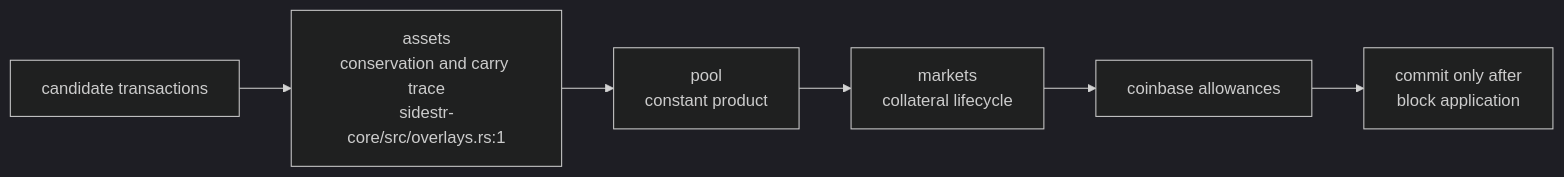
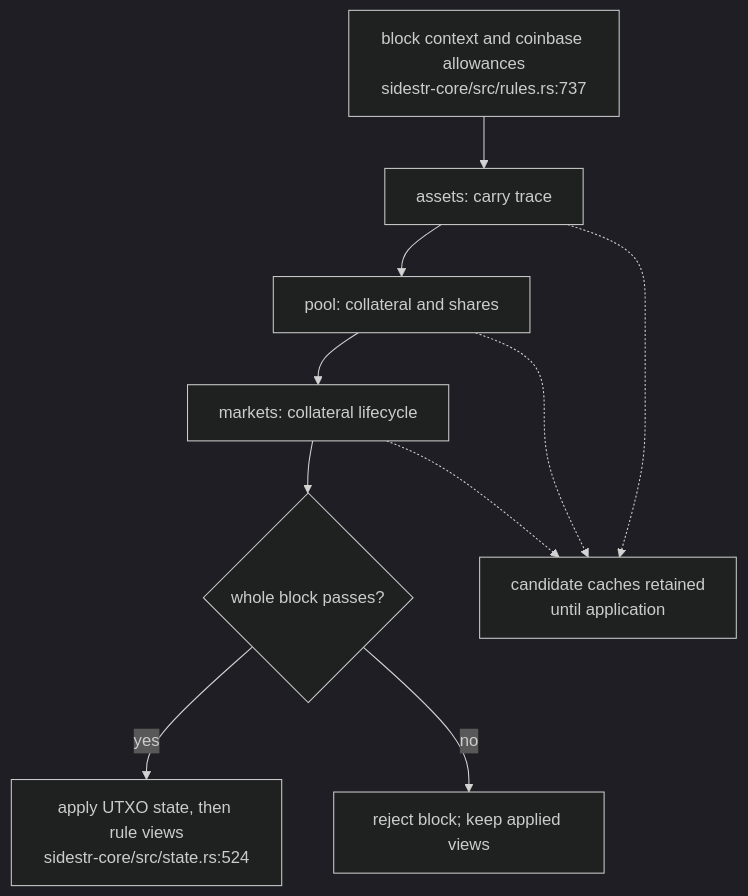
One commit to DreamLab-AI/VisionFlow changed the first of 4 diagrams in docs/diagrams/sidestr-rs/02-assets-pools-markets-and-eviction.md. Above: the diagram before and after it, drawn with Mermaid (dark theme). The commit also changed other lines of this file and 28 other files, not shown here.

````diff
--- a/docs/diagrams/sidestr-rs/02-assets-pools-markets-and-eviction.md
+++ b/docs/diagrams/sidestr-rs/02-assets-pools-markets-and-eviction.md
@@ -32,8 +33,12 @@
 ```mermaid
-flowchart LR
-    TX["candidate transactions"] --> AS["assets<br/>conservation and carry trace<br/>sidestr-core/src/overlays.rs:1"]
-    AS --> PO["pool<br/>constant product"]
-    PO --> MA["markets<br/>collateral lifecycle"]
-    MA --> CB["coinbase allowances"]
-    CB --> CM["commit only after<br/>block application"]
+flowchart TB
+    CT["block context and coinbase allowances<br/>sidestr-core/src/rules.rs:737"] --> AS["assets: carry trace"]
+    AS --> PO["pool: collateral and shares"]
+    PO --> MA["markets: collateral lifecycle"]
+    MA --> V{"whole block passes?"}
+    V -->|yes| CM["apply UTXO state, then rule views<br/>sidestr-core/src/state.rs:524"]
+    V -->|no| RE["reject block; keep applied views"]
+    AS -.-> CA["candidate caches retained<br/>until application"]
+    PO -.-> CA
+    MA -.-> CA
 ```
````
